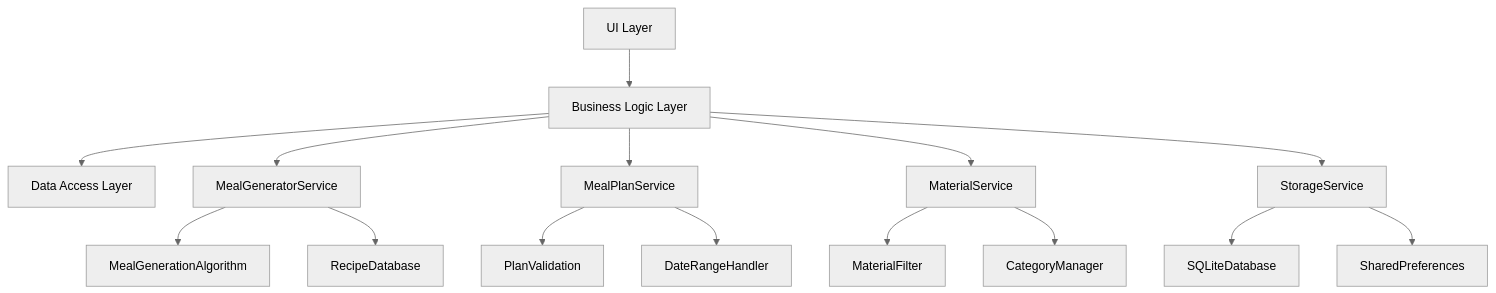
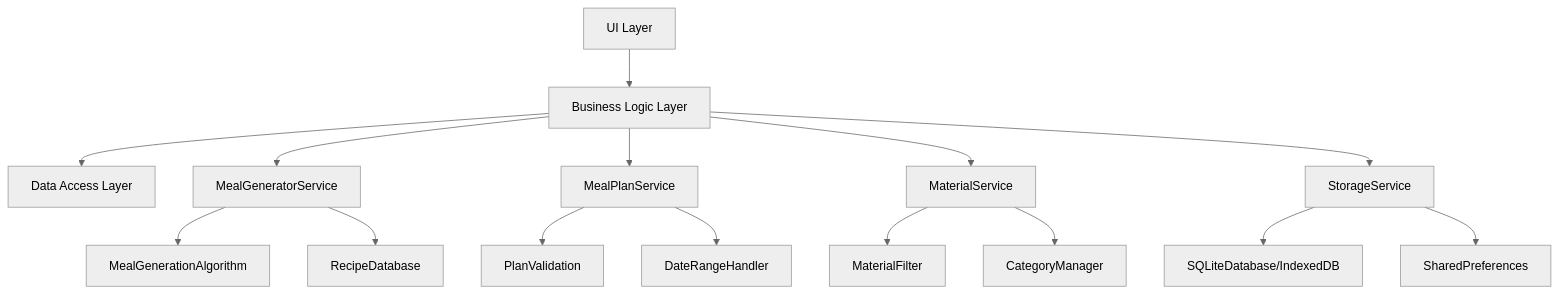
The third of 7 diagrams in .qoder/quests/flutter-meal-planner.md (blackjoeyai-cpu/meal_generator), drawn with Mermaid (neutral theme) before and after one commit. The commit also changed other lines of this file and 43 other files, not shown here.

First line of the commit message:
feat: implement comprehensive meal generator with Flutter architecture

````diff
--- a/.qoder/quests/flutter-meal-planner.md
+++ b/.qoder/quests/flutter-meal-planner.md
@@ -274,22 +280,22 @@
 ```mermaid
 graph TD
     A[UI Layer] --> B[Business Logic Layer]
     B --> C[Data Access Layer]
     
     B --> D[MealGeneratorService]
     B --> E[MealPlanService]
     B --> F[MaterialService]
     B --> G[StorageService]
     
     D --> H[MealGenerationAlgorithm]
     D --> I[RecipeDatabase]
     
     E --> J[PlanValidation]
     E --> K[DateRangeHandler]
     
     F --> L[MaterialFilter]
     F --> M[CategoryManager]
     
-    G --> N[SQLiteDatabase]
+    G --> N[SQLiteDatabase/IndexedDB]
     G --> O[SharedPreferences]
 ```
````
